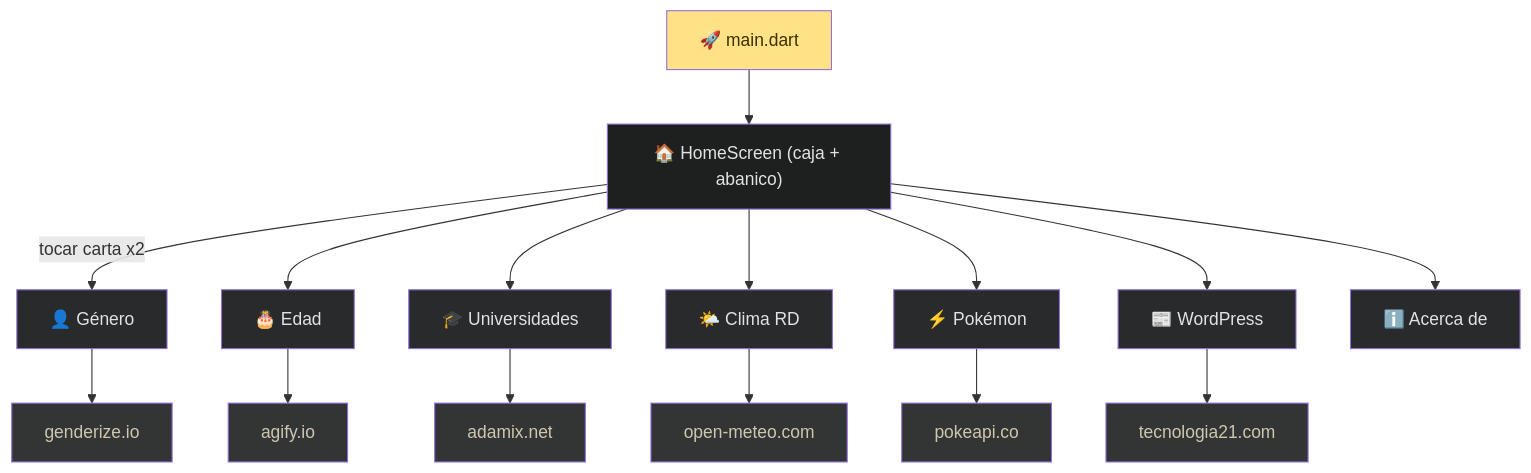
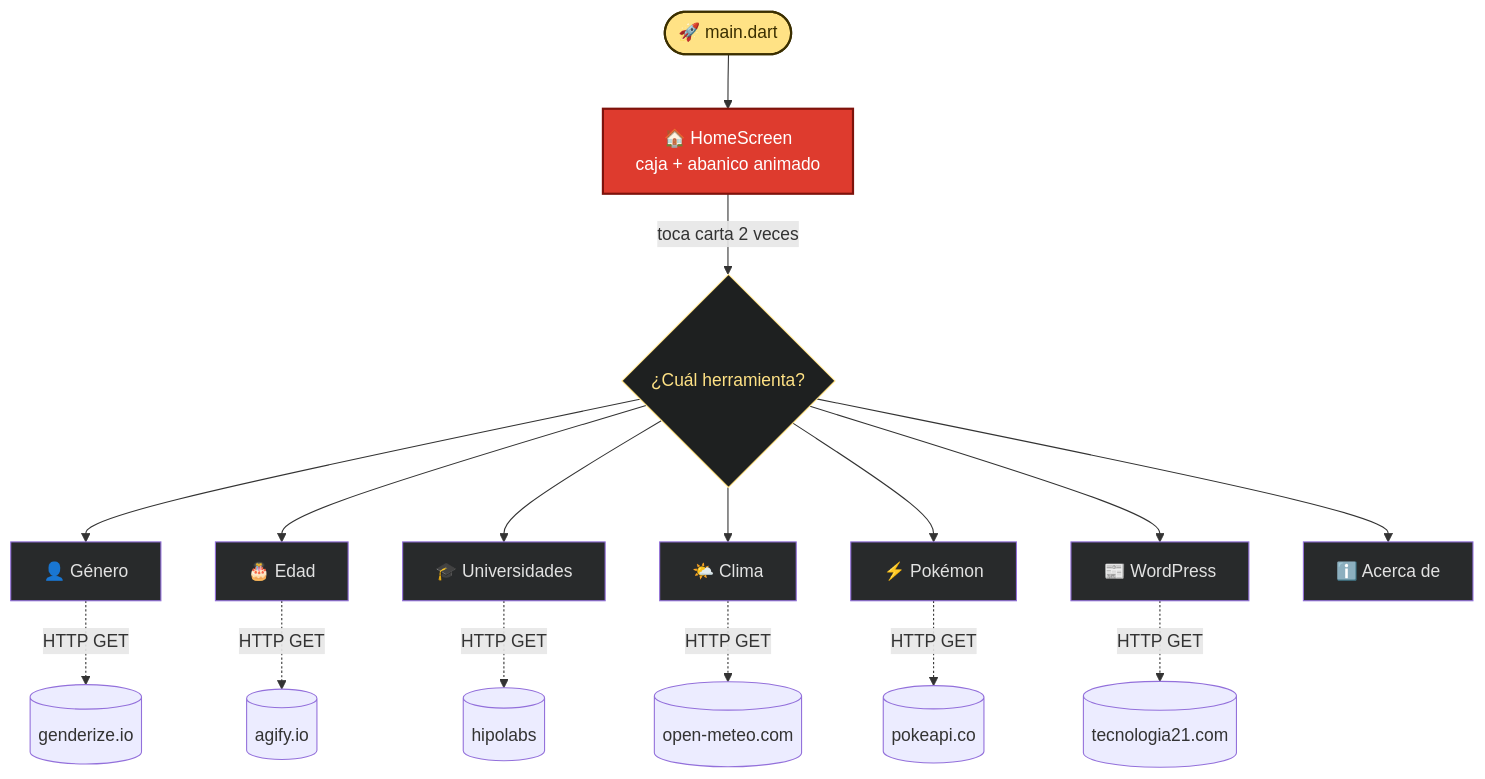
Before and after one commit to yeisondev001/Tarea5: the first of 2 diagrams in README.md, drawn with Mermaid. The commit also changed other lines of this file, not shown here.

````diff
--- a/README.md
+++ b/README.md
@@ -82,34 +164,32 @@
 ```mermaid
 flowchart TD
-    A["🚀 main.dart"] --> B["🏠 HomeScreen (caja + abanico)"]
-    B -->|"tocar carta x2"| C1["👤 Género"]
-    B --> C2["🎂 Edad"]
-    B --> C3["🎓 Universidades"]
-    B --> C4["🌤️ Clima RD"]
-    B --> C5["⚡ Pokémon"]
-    B --> C6["📰 WordPress"]
-    B --> C7["ℹ️ Acerca de"]
+    Start(["🚀 main.dart"]) --> Home["🏠 HomeScreen<br/>caja + abanico animado"]
 
-    C1 --> API1["genderize.io"]
-    C2 --> API2["agify.io"]
-    C3 --> API3["adamix.net"]
-    C4 --> API4["open-meteo.com"]
-    C5 --> API5["pokeapi.co"]
-    C6 --> API6["tecnologia21.com"]
+    Home -->|"toca carta 2 veces"| Sel{"¿Cuál herramienta?"}
 
-    style A fill:#FFE285,color:#3B2F00
-    style B fill:#1E2020,color:#E2E2E2
-    style C1 fill:#282A2B,color:#E2E2E2
-    style C2 fill:#282A2B,color:#E2E2E2
-    style C3 fill:#282A2B,color:#E2E2E2
-    style C4 fill:#282A2B,color:#E2E2E2
-    style C5 fill:#282A2B,color:#E2E2E2
-    style C6 fill:#282A2B,color:#E2E2E2
-    style C7 fill:#282A2B,color:#E2E2E2
-    style API1 fill:#333535,color:#CFC6AF
-    style API2 fill:#333535,color:#CFC6AF
-    style API3 fill:#333535,color:#CFC6AF
-    style API4 fill:#333535,color:#CFC6AF
-    style API5 fill:#333535,color:#CFC6AF
-    style API6 fill:#333535,color:#CFC6AF
+    Sel --> G["👤 Género"]
+    Sel --> E["🎂 Edad"]
+    Sel --> U["🎓 Universidades"]
+    Sel --> W["🌤️ Clima"]
+    Sel --> P["⚡ Pokémon"]
+    Sel --> N["📰 WordPress"]
+    Sel --> A["ℹ️ Acerca de"]
+
+    G -.->|HTTP GET| API1[("genderize.io")]
+    E -.->|HTTP GET| API2[("agify.io")]
+    U -.->|HTTP GET| API3[("hipolabs")]
+    W -.->|HTTP GET| API4[("open-meteo.com")]
+    P -.->|HTTP GET| API5[("pokeapi.co")]
+    N -.->|HTTP GET| API6[("tecnologia21.com")]
+
+    style Start fill:#FFE285,color:#3B2F00,stroke:#3B2F00,stroke-width:2px
+    style Home fill:#DE3B2E,color:#fff,stroke:#7E120B,stroke-width:2px
+    style Sel fill:#1E2020,color:#FFE285,stroke:#FFE285
+    style G fill:#282A2B,color:#E2E2E2
+    style E fill:#282A2B,color:#E2E2E2
+    style U fill:#282A2B,color:#E2E2E2
+    style W fill:#282A2B,color:#E2E2E2
+    style P fill:#282A2B,color:#E2E2E2
+    style N fill:#282A2B,color:#E2E2E2
+    style A fill:#282A2B,color:#E2E2E2
 ```
````
